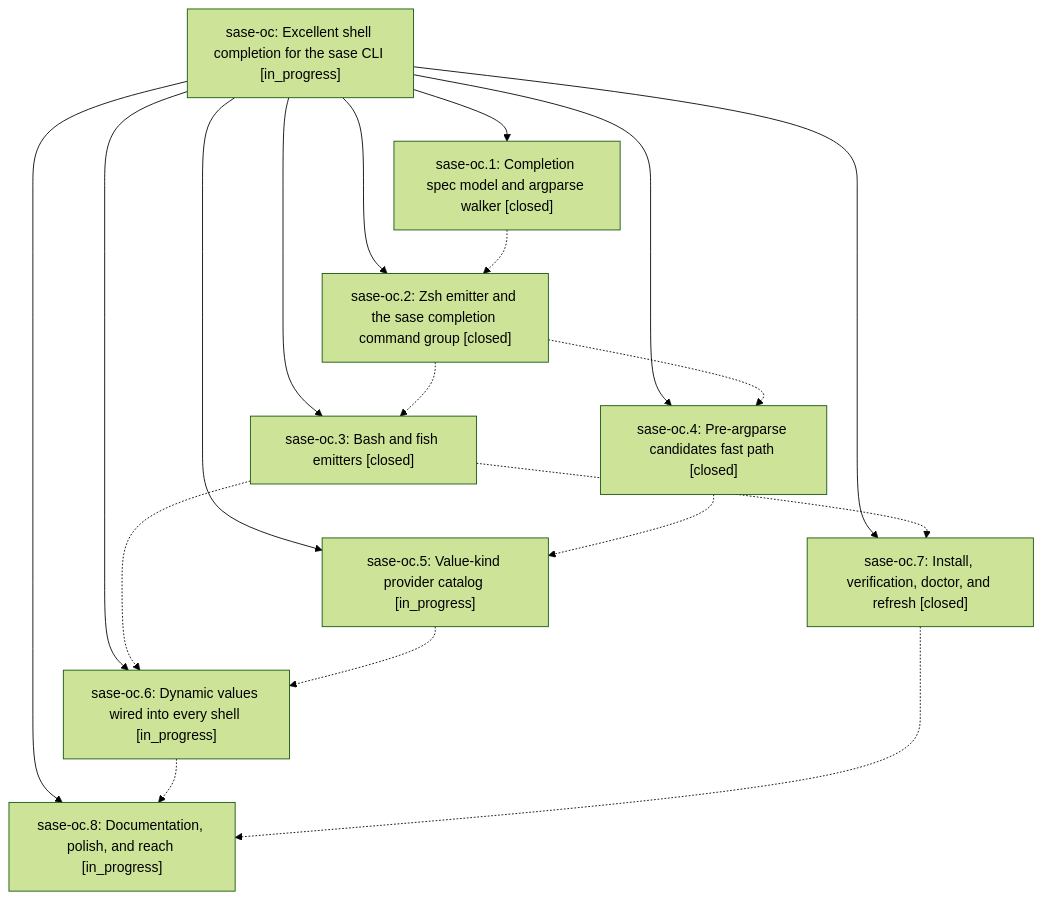
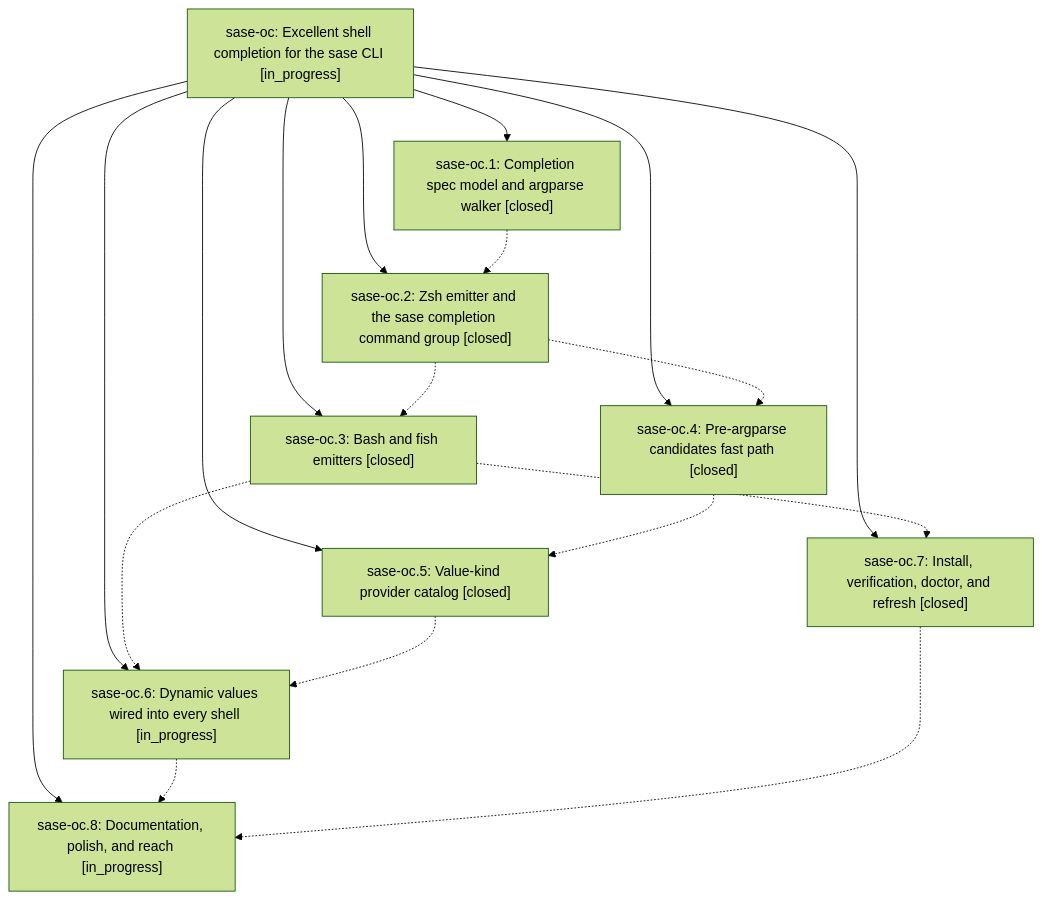
The diagram in pages/sase-oc/README.md (sase-org/sase--beads), drawn with Mermaid (forest theme) before and after one commit. The commit also changed other lines of this file and 3 other files, not shown here.

````diff
--- a/pages/sase-oc/README.md
+++ b/pages/sase-oc/README.md
@@ -59,29 +59,29 @@
 ```mermaid
 flowchart TD
     n0["sase-oc: Excellent shell completion for the sase CLI [in_progress]"]
     n1["sase-oc.1: Completion spec model and argparse walker [closed]"]
     n2["sase-oc.2: Zsh emitter and the sase completion command group [closed]"]
     n3["sase-oc.3: Bash and fish emitters [closed]"]
     n4["sase-oc.4: Pre-argparse candidates fast path [closed]"]
-    n5["sase-oc.5: Value-kind provider catalog [in_progress]"]
+    n5["sase-oc.5: Value-kind provider catalog [closed]"]
     n6["sase-oc.6: Dynamic values wired into every shell [in_progress]"]
     n7["sase-oc.7: Install, verification, doctor, and refresh [closed]"]
     n8["sase-oc.8: Documentation, polish, and reach [in_progress]"]
     n0 --> n1
     n0 --> n2
     n0 --> n3
     n0 --> n4
     n0 --> n5
     n0 --> n6
     n0 --> n7
     n0 --> n8
     n1 -.-> n2
     n2 -.-> n3
     n2 -.-> n4
     n3 -.-> n6
     n3 -.-> n7
     n4 -.-> n5
     n5 -.-> n6
     n6 -.-> n8
     n7 -.-> n8
 ```
````
